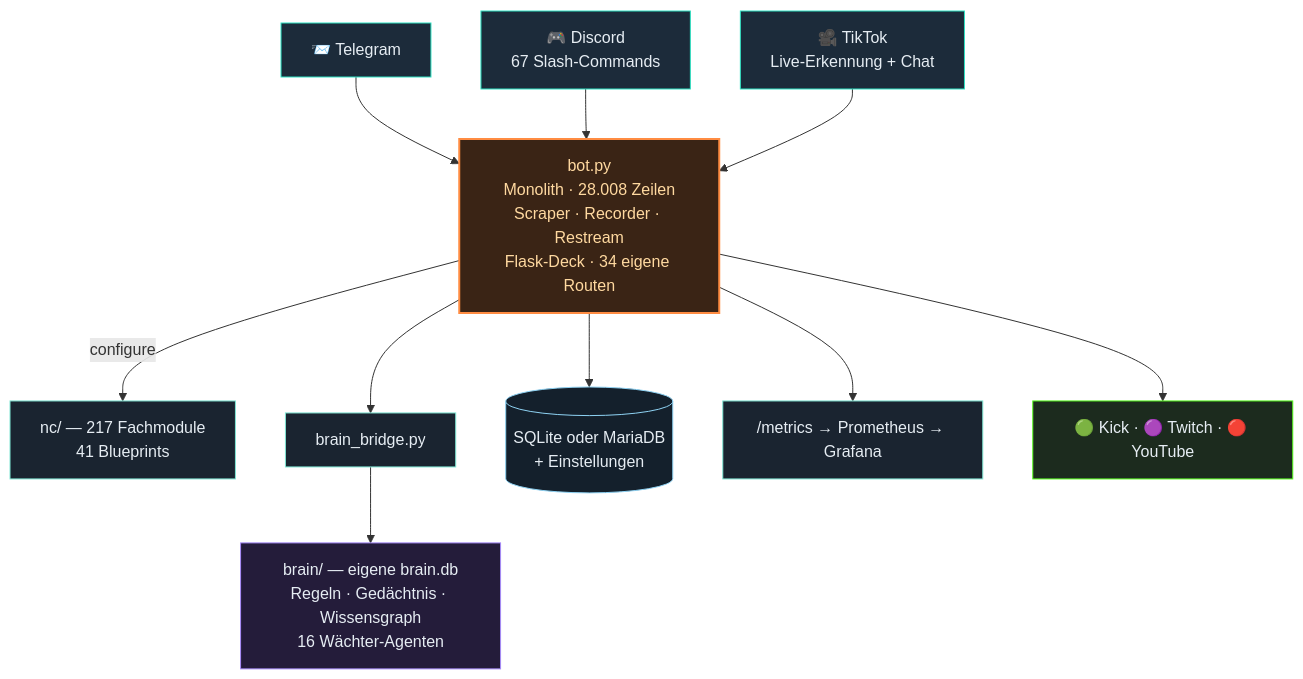
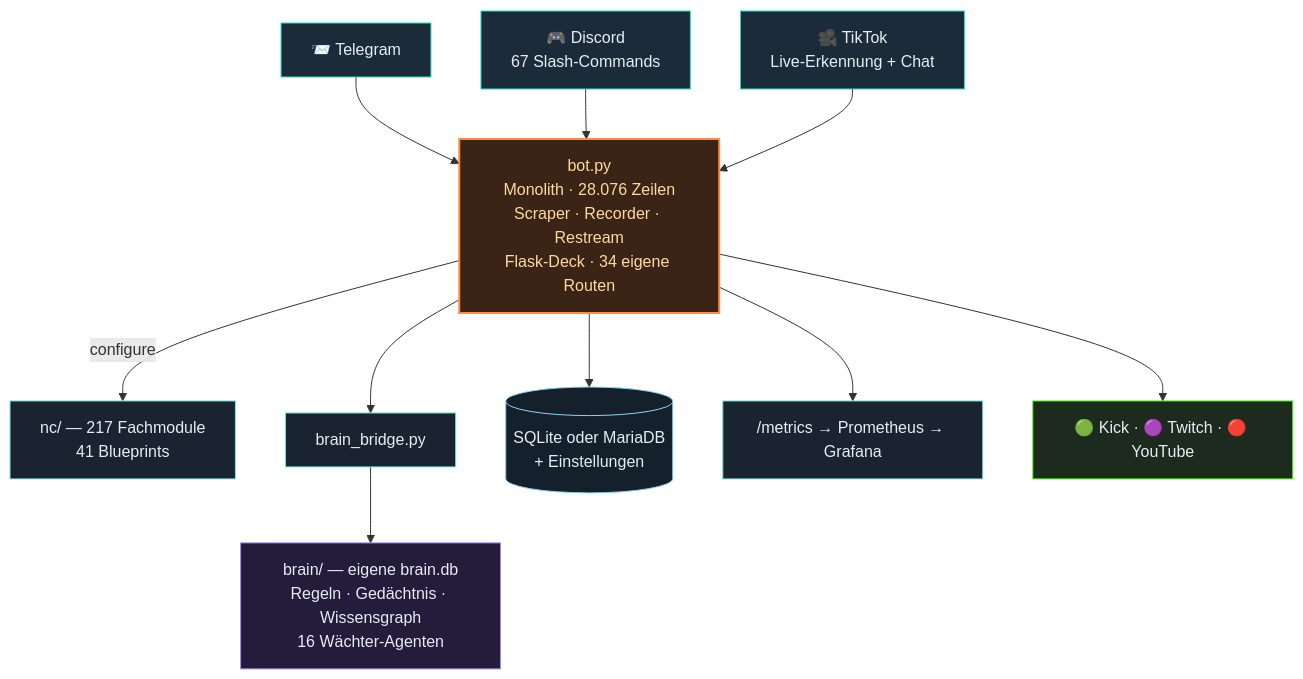
The second of 3 diagrams in README.md (itsamemedev/Telegram-Stream-Info-Bot), drawn with Mermaid before and after one commit. The commit also changed other lines of this file and 15 other files, not shown here.

````diff
--- a/README.md
+++ b/README.md
@@ -118,19 +118,19 @@
 ```mermaid
 flowchart TB
     TG["📨 Telegram"]:::ein --> BOT
     DC["🎮 Discord<br/>67 Slash-Commands"]:::ein --> BOT
     TT["🎥 TikTok<br/>Live-Erkennung + Chat"]:::ein --> BOT
-    BOT["bot.py<br/>Monolith · 28.008 Zeilen<br/>Scraper · Recorder · Restream<br/>Flask-Deck · 34 eigene Routen"]:::core
+    BOT["bot.py<br/>Monolith · 28.076 Zeilen<br/>Scraper · Recorder · Restream<br/>Flask-Deck · 34 eigene Routen"]:::core
     BOT -->|configure| NC["nc/ — 217 Fachmodule<br/>41 Blueprints"]:::lib
     BOT --> BR["brain_bridge.py"]:::lib
     BR --> BRAIN["brain/ — eigene brain.db<br/>Regeln · Gedächtnis · Wissensgraph<br/>16 Wächter-Agenten"]:::brain
     BOT --> DB[("SQLite oder MariaDB<br/>+ Einstellungen")]:::db
     BOT --> PROM["/metrics → Prometheus → Grafana"]:::lib
     BOT --> OUT["🟢 Kick · 🟣 Twitch · 🔴 YouTube"]:::out
     classDef ein fill:#1c2b3a,stroke:#2de1c2,color:#e6edf3
     classDef core fill:#3a2415,stroke:#ff8c42,stroke-width:2px,color:#ffd9a0
     classDef lib fill:#1a2430,stroke:#7fe7d4,color:#e6edf3
     classDef brain fill:#241c3a,stroke:#a78bfa,color:#e6edf3
     classDef db fill:#14202c,stroke:#8fd3f4,color:#e6edf3
     classDef out fill:#1c2b1e,stroke:#53fc18,color:#e6edf3
 ```
````
